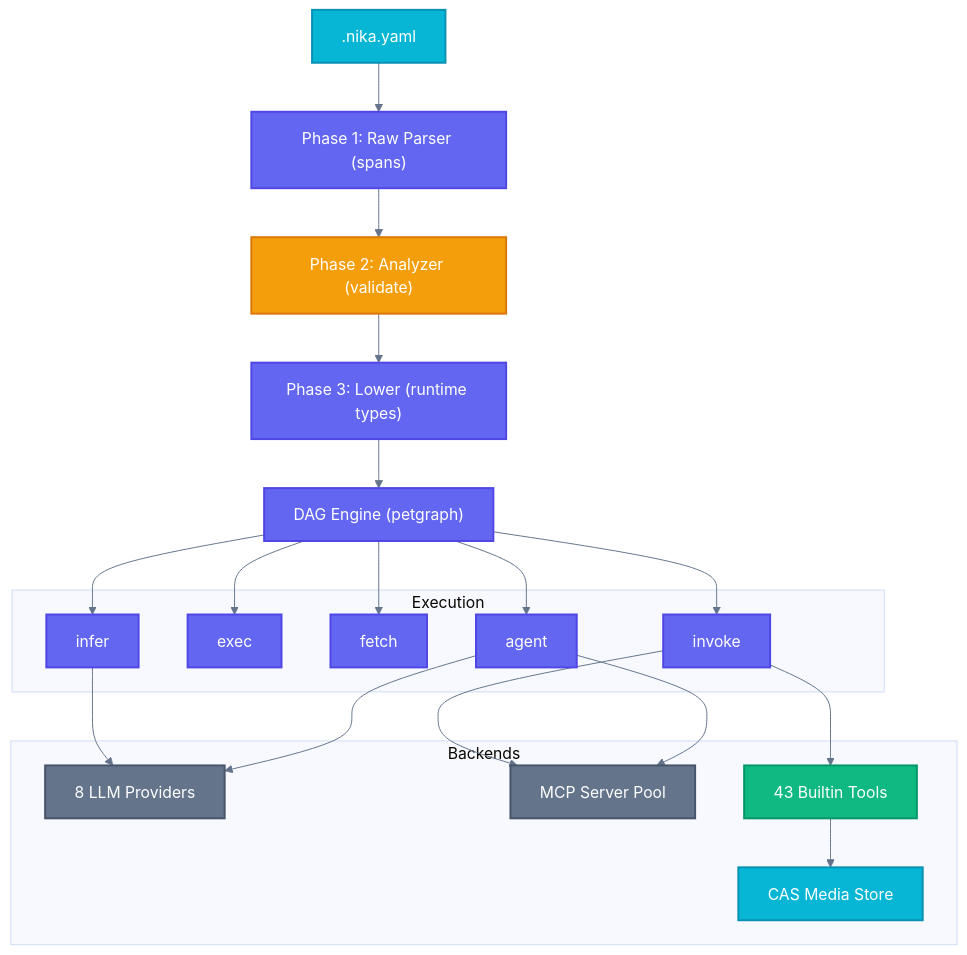
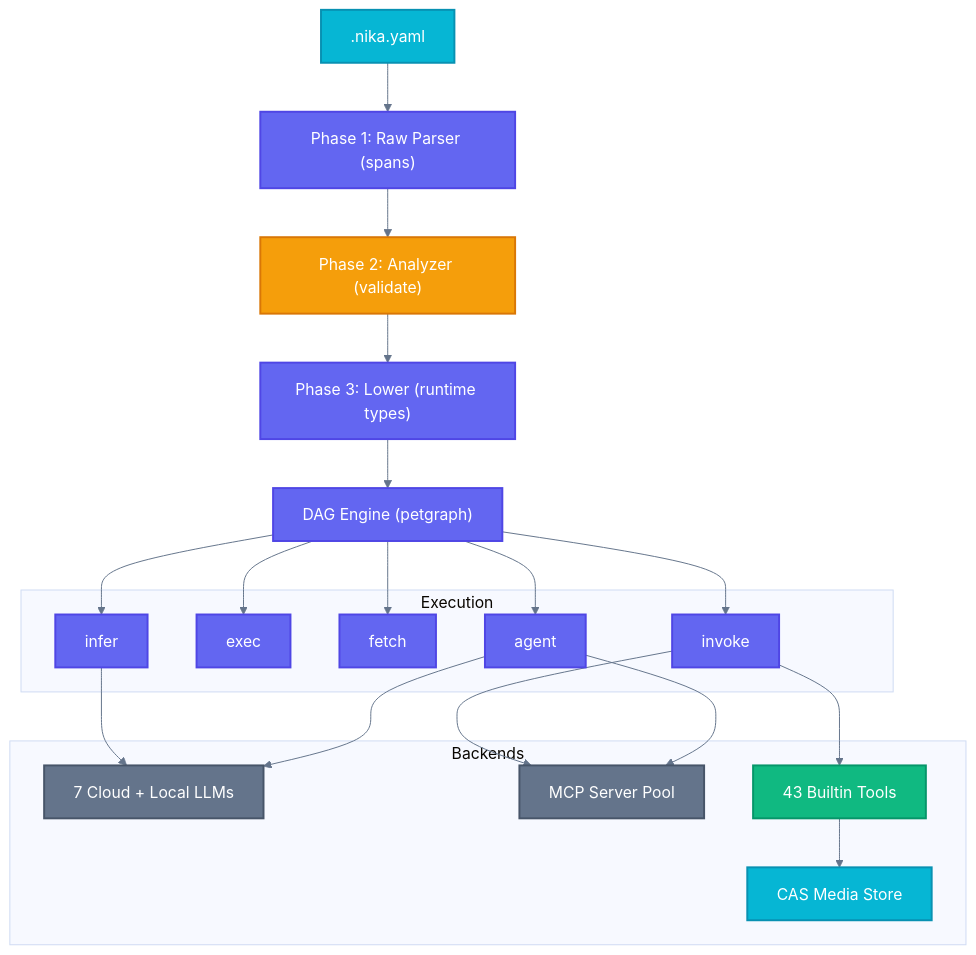
One commit to supernovae-st/nika changed the fifth of 6 diagrams in README.md. Above: the diagram before and after it, drawn with Mermaid. The commit also changed other lines of this file and 2 other files, not shown here.

````diff
--- a/README.md
+++ b/README.md
@@ -778,42 +780,42 @@
 ```mermaid
 %%{init: {'theme': 'base', 'themeVariables': {'lineColor': '#64748b'}}}%%
 flowchart TD
     classDef process fill:#6366f1,stroke:#4f46e5,stroke-width:2px,color:#ffffff
     classDef data fill:#06b6d4,stroke:#0891b2,stroke-width:2px,color:#ffffff
     classDef decision fill:#f59e0b,stroke:#d97706,stroke-width:2px,color:#ffffff
     classDef success fill:#10b981,stroke:#059669,stroke-width:2px,color:#ffffff
     classDef external fill:#64748b,stroke:#475569,stroke-width:2px,color:#ffffff
 
     YAML[".nika.yaml"]:::data
     RAW["Phase 1: Raw Parser (spans)"]:::process
     ANA["Phase 2: Analyzer (validate)"]:::decision
     LOW["Phase 3: Lower (runtime types)"]:::process
     DAG["DAG Engine (petgraph)"]:::process
 
     YAML --> RAW --> ANA --> LOW --> DAG
 
     subgraph Execution
         INF[infer]:::process
         EXC[exec]:::process
         FET[fetch]:::process
         INV[invoke]:::process
         AGT[agent]:::process
     end
 
     DAG --> INF & EXC & FET & INV & AGT
 
     subgraph Backends
-        PROV["8 LLM Providers"]:::external
+        PROV["7 Cloud + Local LLMs"]:::external
         MCPS["MCP Server Pool"]:::external
         BUILT["43 Builtin Tools"]:::success
         CAS["CAS Media Store"]:::data
     end
 
     INF & AGT --> PROV
     INV & AGT --> MCPS
     INV --> BUILT
     BUILT --> CAS
 
     accTitle: Nika Architecture
     accDescr: Three-phase AST pipeline feeding a DAG engine that dispatches to 5 verb executors backed by providers, MCP servers, builtin tools, and CAS
 ```
````
